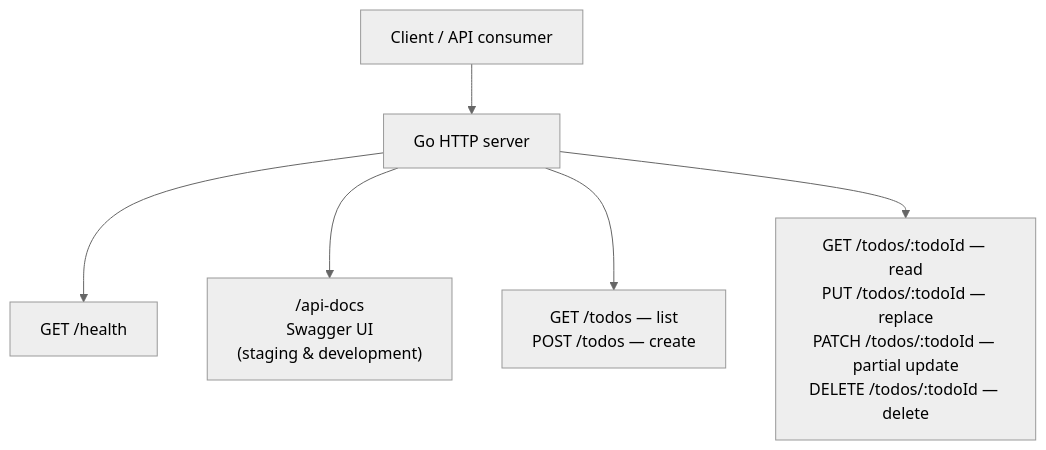
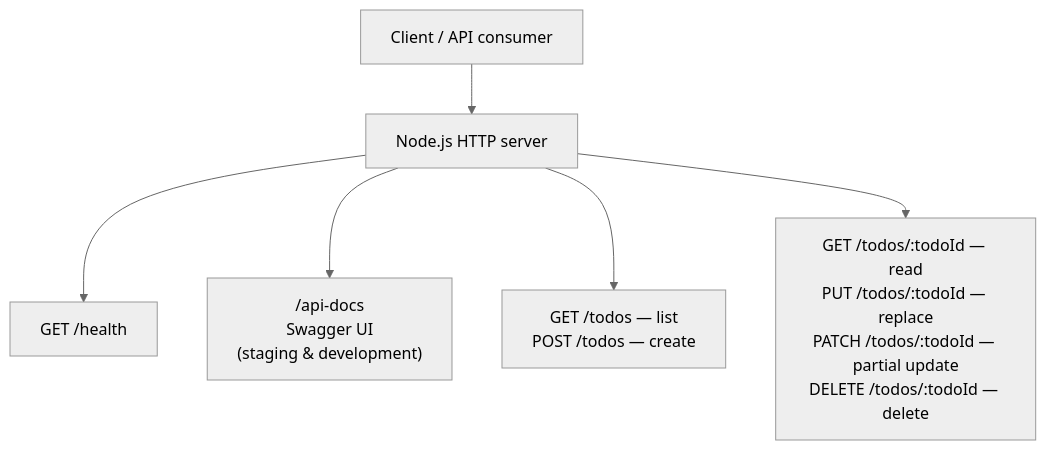
The diagram in README.md (QCI-Demo-Stage/todo-list-application), drawn with Mermaid (neutral theme) before and after one commit. The commit also changed other lines of this file and 6 other files, not shown here.

First line of the commit message:
refactor: replace Go API server with Node.js

````diff
--- a/README.md
+++ b/README.md
@@ -13,15 +13,15 @@
 ```mermaid
 flowchart TB
   Client[Client / API consumer]
-  Server[Go HTTP server]
+  Server[Node.js HTTP server]
   Health[GET /health]
   Docs["/api-docs\nSwagger UI\n(staging & development)"]
   ListCreate["GET /todos — list\nPOST /todos — create"]
   ById["GET /todos/:todoId — read\nPUT /todos/:todoId — replace\nPATCH /todos/:todoId — partial update\nDELETE /todos/:todoId — delete"]
 
   Client --> Server
   Server --> Health
   Server --> Docs
   Server --> ListCreate
   Server --> ById
 ```
````
